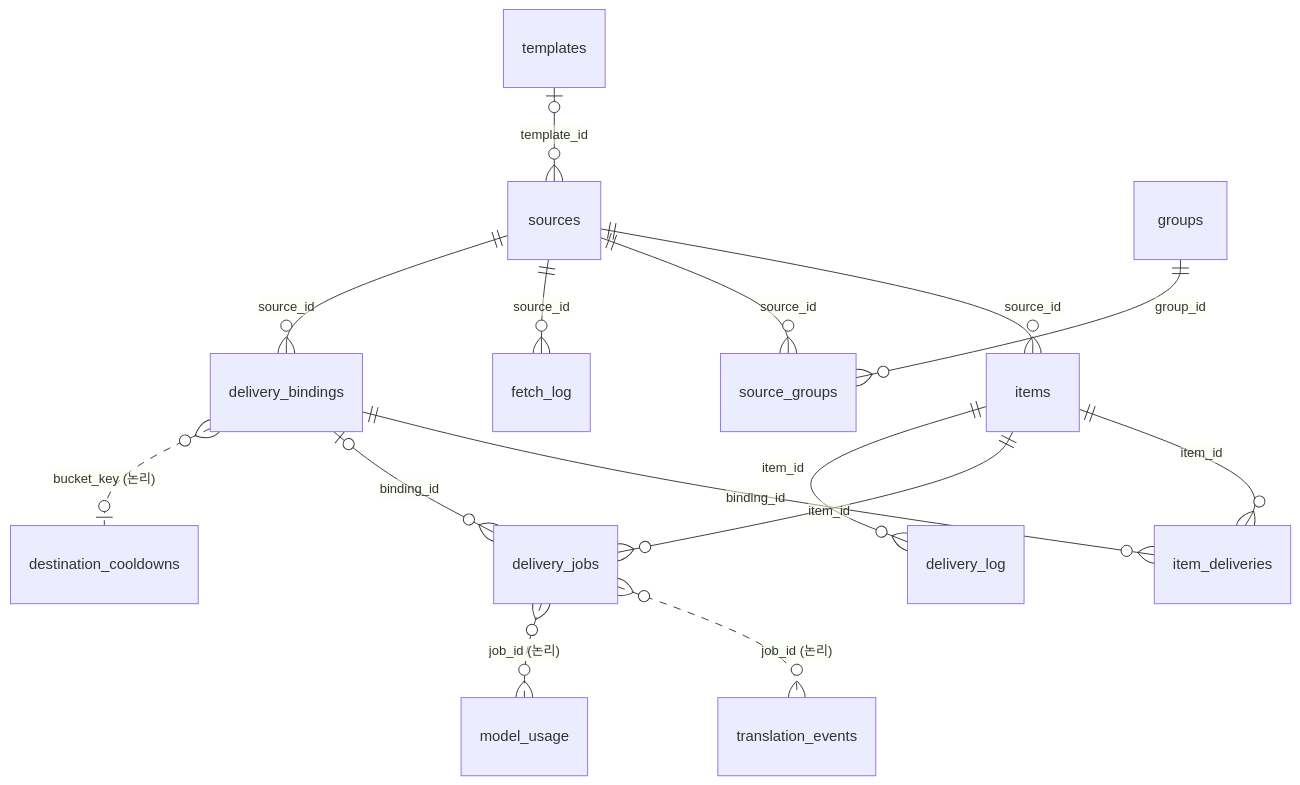
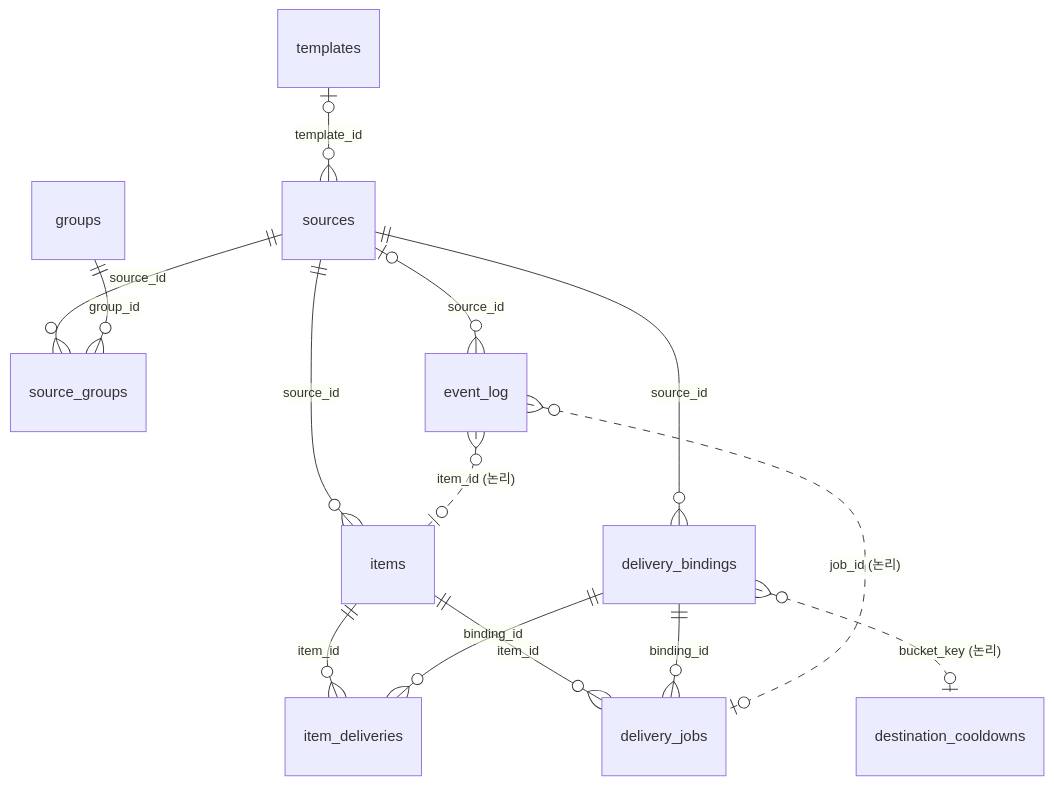
The diagram in Docs/db-schema.md (Genticca/Private-RSS-Delivery), drawn with Mermaid before and after one commit. The commit also changed other lines of this file and 72 other files, not shown here.

First line of the commit message:
Simplify schema: one event_log, env model config, no item state copies

````diff
--- a/Docs/db-schema.md
+++ b/Docs/db-schema.md
@@ -18,17 +18,16 @@
 ```mermaid
 erDiagram
   sources ||--o{ items : "source_id"
   sources ||--o{ source_groups : "source_id"
   groups ||--o{ source_groups : "group_id"
   templates |o--o{ sources : "template_id"
-  sources ||--o{ fetch_log : "source_id"
   sources ||--o{ delivery_bindings : "source_id"
+  sources |o--o{ event_log : "source_id"
   items ||--o{ item_deliveries : "item_id"
   delivery_bindings ||--o{ item_deliveries : "binding_id"
   items ||--o{ delivery_jobs : "item_id"
-  delivery_bindings |o--o{ delivery_jobs : "binding_id"
-  items ||--o{ delivery_log : "item_id"
+  delivery_bindings ||--o{ delivery_jobs : "binding_id"
   delivery_bindings }o..o| destination_cooldowns : "bucket_key (논리)"
-  delivery_jobs }o..o{ translation_events : "job_id (논리)"
-  delivery_jobs }o..o{ model_usage : "job_id (논리)"
+  event_log }o..o| items : "item_id (논리)"
+  event_log }o..o| delivery_jobs : "job_id (논리)"
 ```
````
